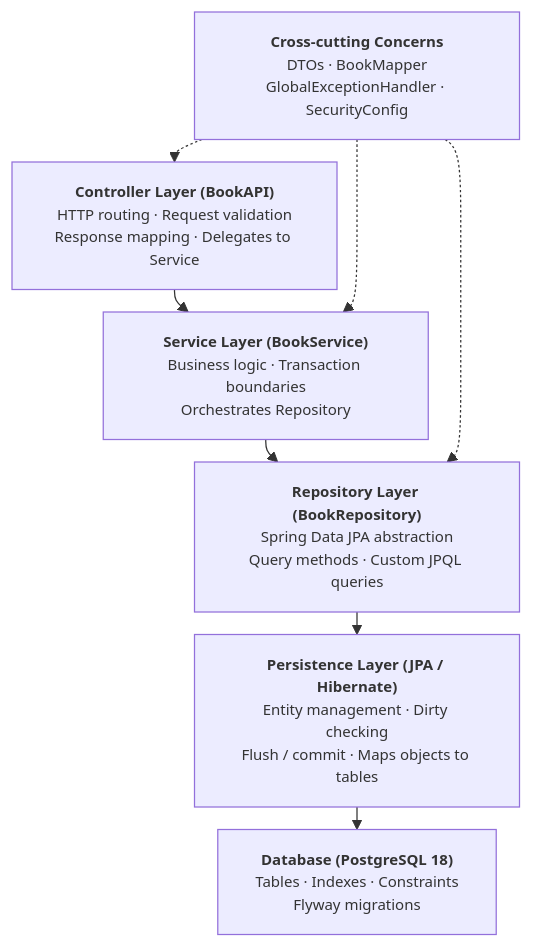
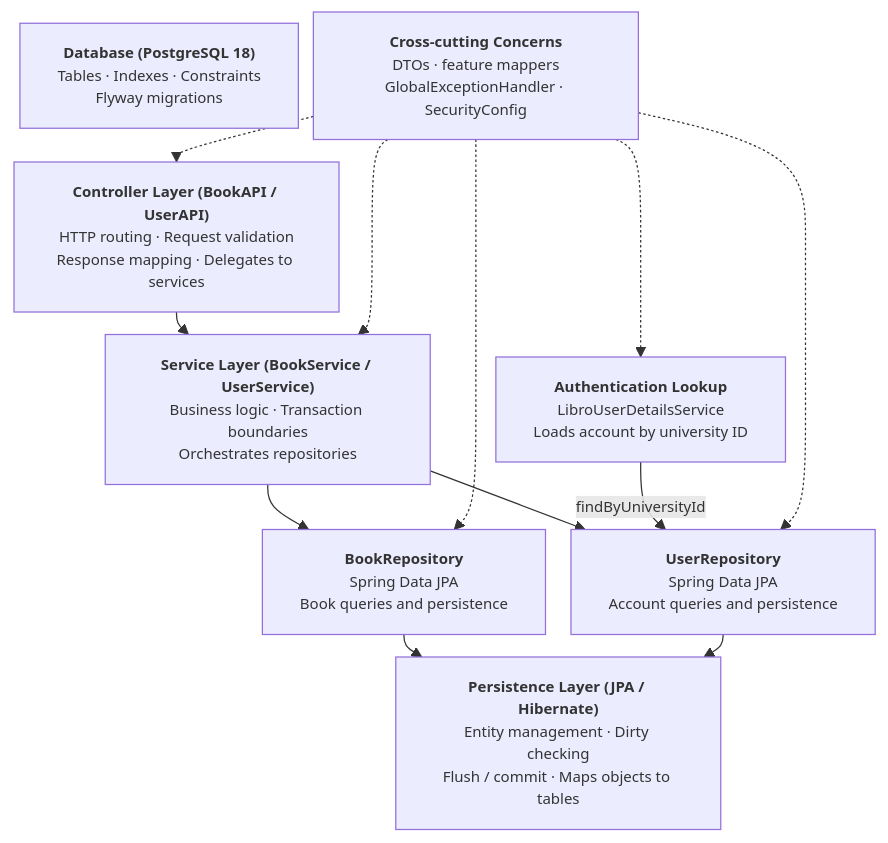
One commit to zqf20096327/dbhub_collect changed the second of 2 diagrams in data/readmes/kyledelfin2006__libro-library-system.md. Above: the diagram before and after it, drawn with Mermaid. The commit also changed other lines of this file and 376 other files, not shown here.

````diff
--- a/data/readmes/kyledelfin2006__libro-library-system.md
+++ b/data/readmes/kyledelfin2006__libro-library-system.md
@@ -100,15 +108,22 @@
 ```mermaid
 %%{init: {"flowchart": {"nodeSpacing": 12, "rankSpacing": 18}, "themeVariables": {"fontSize": "12px"}}}%%
 flowchart TD
-    C["<b>Controller Layer (BookAPI)</b><br/>HTTP routing · Request validation<br/>Response mapping · Delegates to Service"]
-    S["<b>Service Layer (BookService)</b><br/>Business logic · Transaction boundaries<br/>Orchestrates Repository"]
-    R["<b>Repository Layer (BookRepository)</b><br/>Spring Data JPA abstraction<br/>Query methods · Custom JPQL queries"]
+    C["<b>Controller Layer (BookAPI / UserAPI)</b><br/>HTTP routing · Request validation<br/>Response mapping · Delegates to services"]
+    S["<b>Service Layer (BookService / UserService)</b><br/>Business logic · Transaction boundaries<br/>Orchestrates repositories"]
+    BR["<b>BookRepository</b><br/>Spring Data JPA<br/>Book queries and persistence"]
+    UR["<b>UserRepository</b><br/>Spring Data JPA<br/>Account queries and persistence"]
+    A["<b>Authentication Lookup</b><br/>LibroUserDetailsService<br/>Loads account by university ID"]
     P["<b>Persistence Layer (JPA / Hibernate)</b><br/>Entity management · Dirty checking<br/>Flush / commit · Maps objects to tables"]
     D["<b>Database (PostgreSQL 18)</b><br/>Tables · Indexes · Constraints<br/>Flyway migrations"]
-    X["<b>Cross-cutting Concerns</b><br/>DTOs · BookMapper<br/>GlobalExceptionHandler · SecurityConfig"]
+    X["<b>Cross-cutting Concerns</b><br/>DTOs · feature mappers<br/>GlobalExceptionHandler · SecurityConfig"]
 
-    C --> S --> R --> P --> D
+    C --> S
+    S --> BR --> P
+    S --> UR --> P
+    A -->|findByUniversityId| UR
     X -.-> C
     X -.-> S
-    X -.-> R
+    X -.-> BR
+    X -.-> UR
+    X -.-> A
 ```
````
